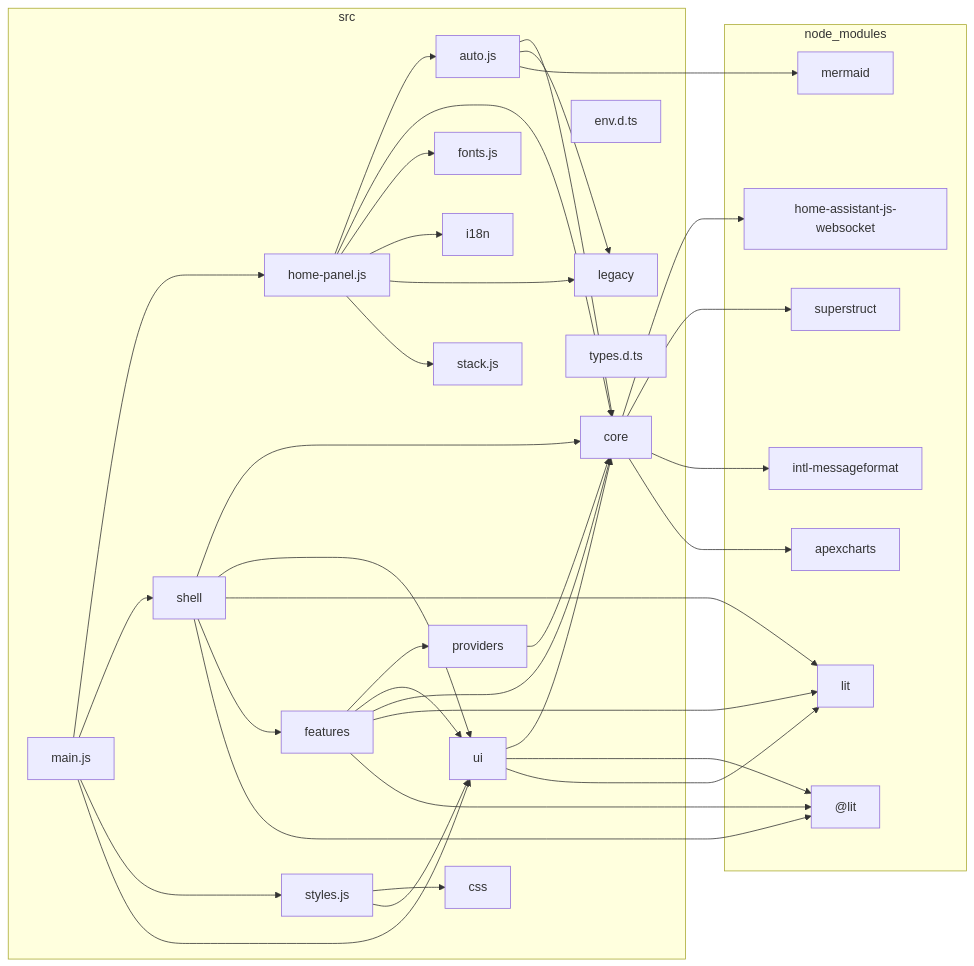
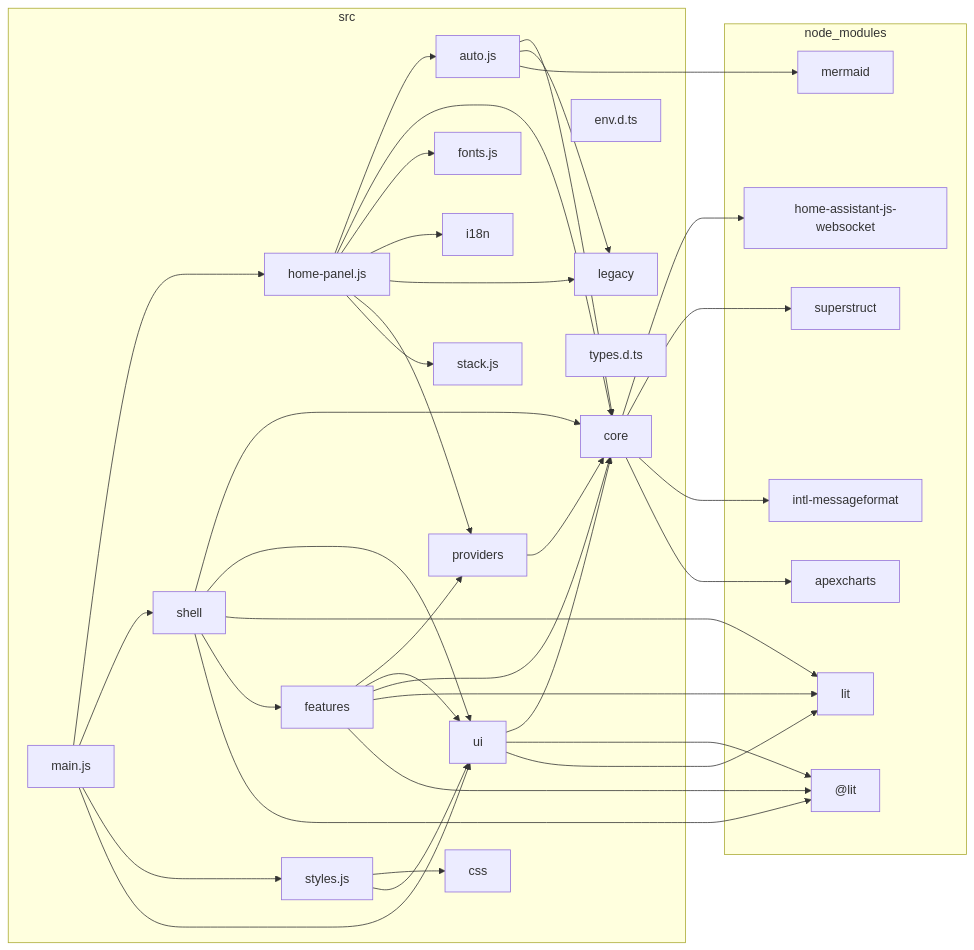
Before and after one commit to pldelisle/ha-home-panel: the diagram in docs/architecture/dependency-graph.md, drawn with Mermaid. The commit also changed 14 other files, not shown here.

````diff
--- a/docs/architecture/dependency-graph.md
+++ b/docs/architecture/dependency-graph.md
@@ -5,64 +5,65 @@
 ```mermaid
 flowchart LR
 
 subgraph 0["node_modules"]
 1["@lit"]
 2["apexcharts"]
 3["home-assistant-js-websocket"]
 4["intl-messageformat"]
 5["lit"]
 6["mermaid"]
 7["superstruct"]
 end
 subgraph 8["src"]
 9["auto.js"]
 A["core"]
 B["css"]
 C["env.d.ts"]
 D["features"]
 E["fonts.js"]
 F["home-panel.js"]
 G["i18n"]
 H["legacy"]
 I["main.js"]
 J["providers"]
 K["shell"]
 L["stack.js"]
 M["styles.js"]
 N["types.d.ts"]
 O["ui"]
 end
 9-->A
 9-->H
 9-->6
 A-->3
 A-->7
 A-->4
 A-->2
 D-->J
 D-->O
 D-->A
 D-->5
 D-->1
 F-->9
 F-->A
 F-->E
 F-->G
 F-->H
+F-->J
 F-->L
 I-->F
 I-->K
 I-->M
 I-->O
 J-->A
 K-->A
 K-->O
 K-->5
 K-->D
 K-->1
 M-->B
 M-->O
 O-->A
 O-->1
 O-->5
 ```
````
